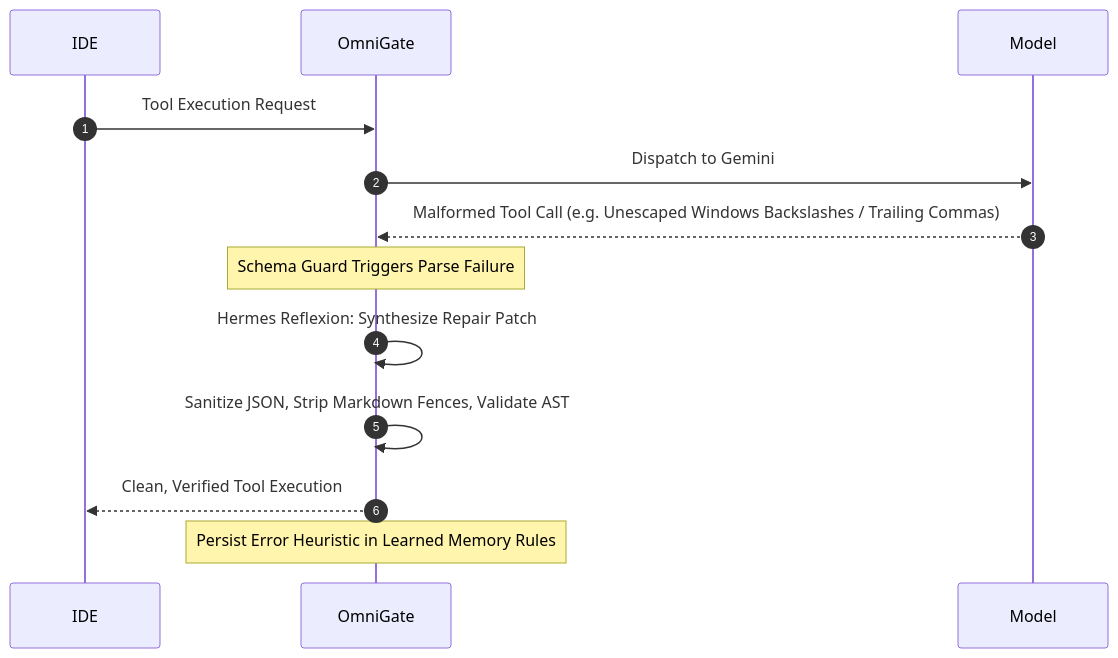
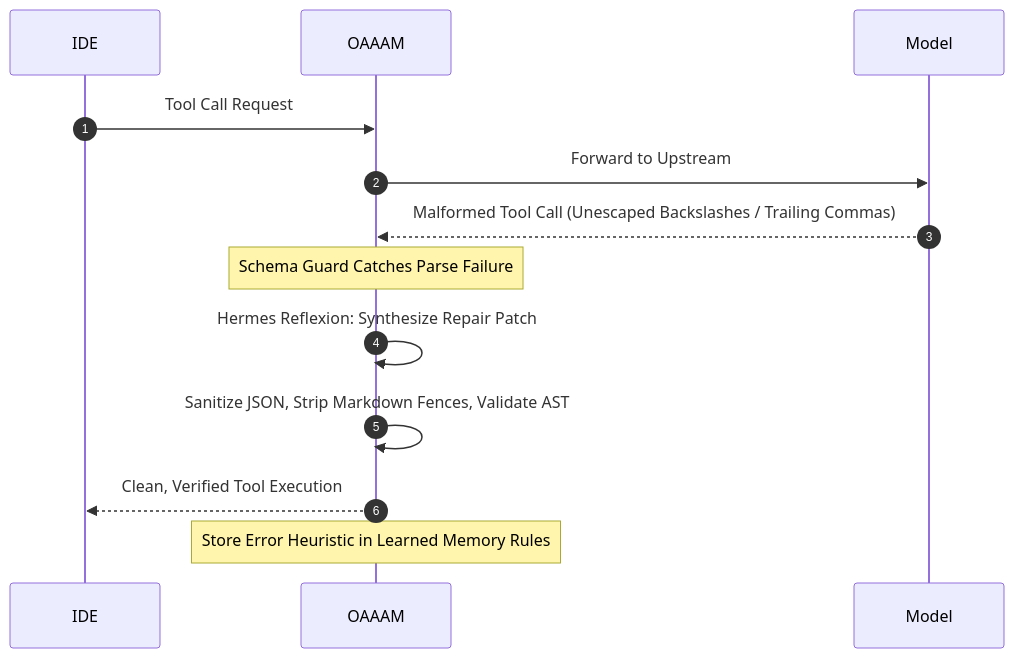
The second of 2 diagrams in README.md (ommedical/AiMeshManager), drawn with Mermaid before and after one commit. The commit also changed other lines of this file and 8 other files, not shown here.

Commit message:
feat(oaaam): complete rebranding to OAAAM (OmniAutoAiAgentMesh), add comprehensive CLI, Docker containerization, and exhaustive setup docs for all OS and IDEs

````diff
--- a/README.md
+++ b/README.md
@@ -138,12 +139,12 @@
 ```mermaid
 sequenceDiagram
     autonumber
-    IDE->>OmniGate: Tool Execution Request
-    OmniGate->>Model: Dispatch to Gemini
-    Model-->>OmniGate: Malformed Tool Call (e.g. Unescaped Windows Backslashes / Trailing Commas)
-    Note over OmniGate: Schema Guard Triggers Parse Failure
-    OmniGate->>OmniGate: Hermes Reflexion: Synthesize Repair Patch
-    OmniGate->>OmniGate: Sanitize JSON, Strip Markdown Fences, Validate AST
-    OmniGate-->>IDE: Clean, Verified Tool Execution
-    Note over OmniGate: Persist Error Heuristic in Learned Memory Rules
+    IDE->>OAAAM: Tool Call Request
+    OAAAM->>Model: Forward to Upstream
+    Model-->>OAAAM: Malformed Tool Call (Unescaped Backslashes / Trailing Commas)
+    Note over OAAAM: Schema Guard Catches Parse Failure
+    OAAAM->>OAAAM: Hermes Reflexion: Synthesize Repair Patch
+    OAAAM->>OAAAM: Sanitize JSON, Strip Markdown Fences, Validate AST
+    OAAAM-->>IDE: Clean, Verified Tool Execution
+    Note over OAAAM: Store Error Heuristic in Learned Memory Rules
 ```
````
